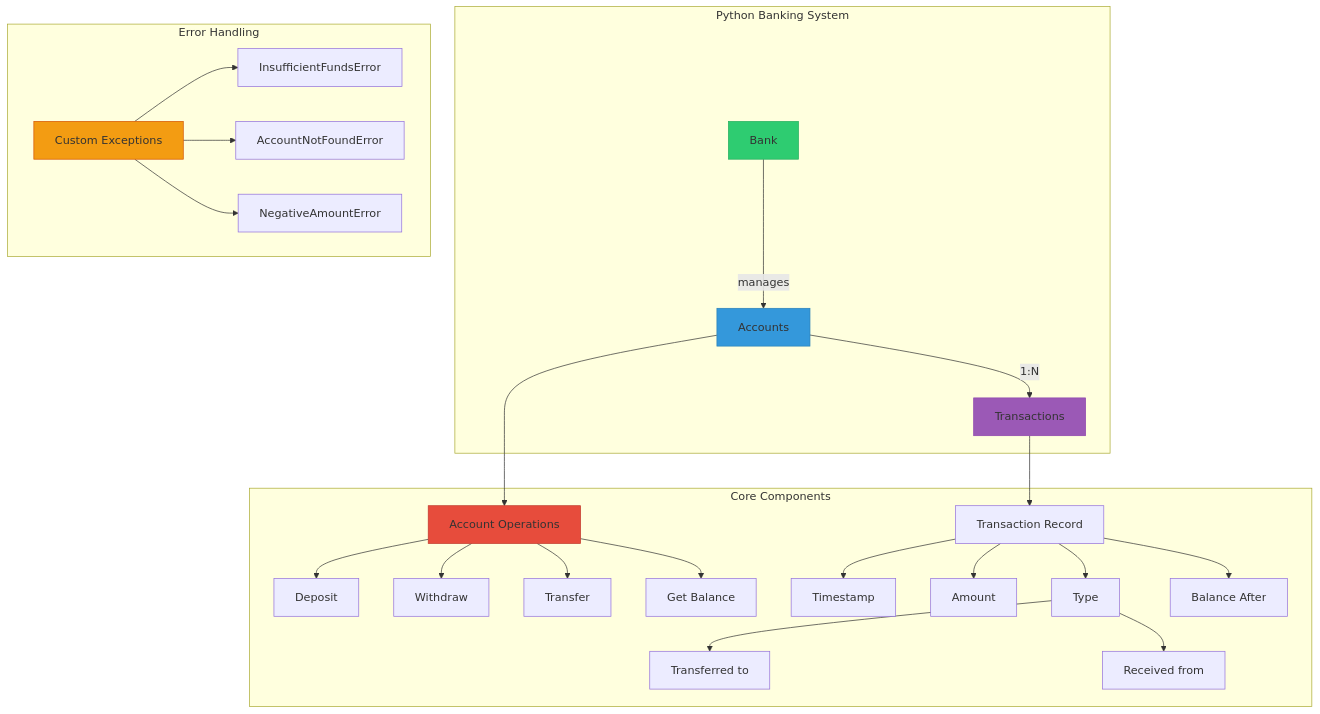
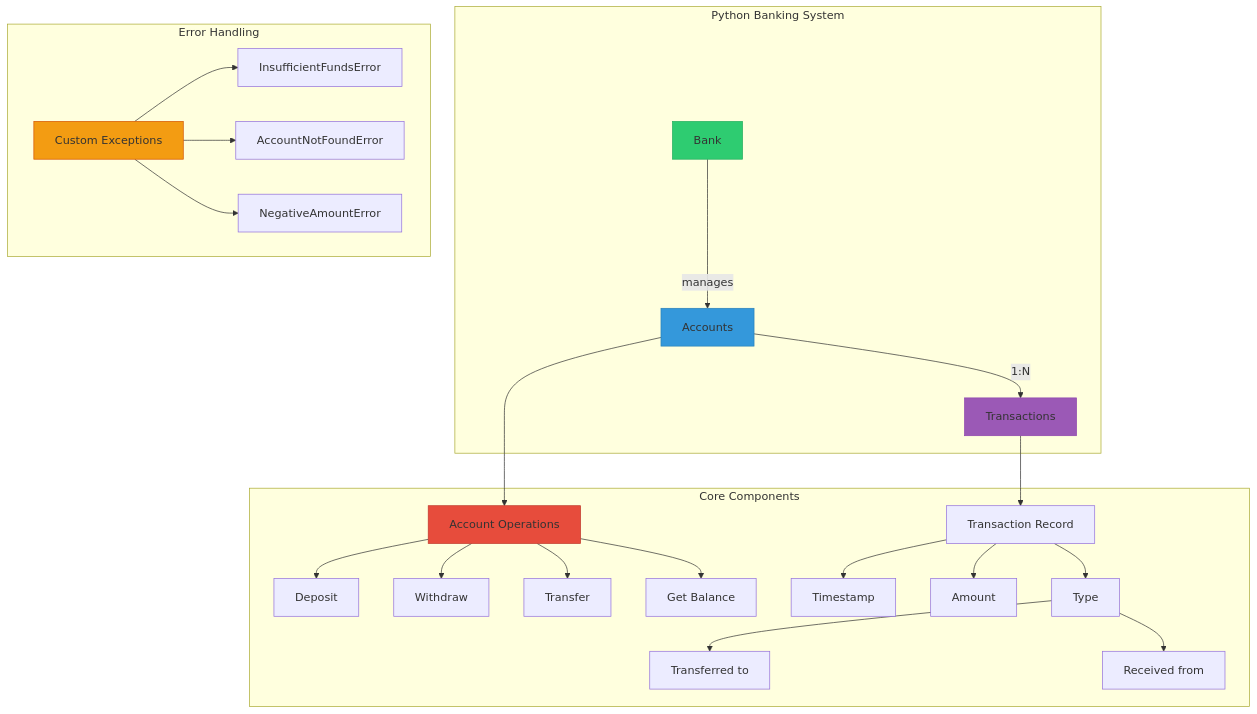
One commit to WideSu/banking_system_backend changed the diagram in README.md. Above: the diagram before and after it, drawn with Mermaid.

````diff
--- a/README.md
+++ b/README.md
@@ -17,36 +17,35 @@
 ```mermaid
 %% System Architecture Diagram for In-Memory Banking System
 graph TD
     subgraph Python Banking System
         A[Bank] -->|manages| B[Accounts]
         B -->|1:N| C[Transactions]
     end
 
     subgraph Core Components
         B --> D[Account Operations]
         D --> D1[Deposit]
         D --> D2[Withdraw]
         D --> D3[Transfer]
         D --> D4[Get Balance]
         C --> E[Transaction Record]
         E --> E1[Timestamp]
         E --> E2[Amount]
         E --> E3[Type]
-        E --> E4[Balance After]
-        E3--> E5[Transferred to]
-        E3--> E6[Received from]
+        E3--> E4[Transferred to]
+        E3--> E5[Received from]
     end
 
     subgraph Error Handling
         F[Custom Exceptions]
         F --> F1[InsufficientFundsError]
         F --> F2[AccountNotFoundError]
         F --> F3[NegativeAmountError]
     end
 
     style A fill:#2ecc71,stroke:#27ae60
     style B fill:#3498db,stroke:#2980b9
     style C fill:#9b59b6,stroke:#8e44ad
     style D fill:#e74c3c,stroke:#c0392b
     style F fill:#f39c12,stroke:#d35400
 ```
````
